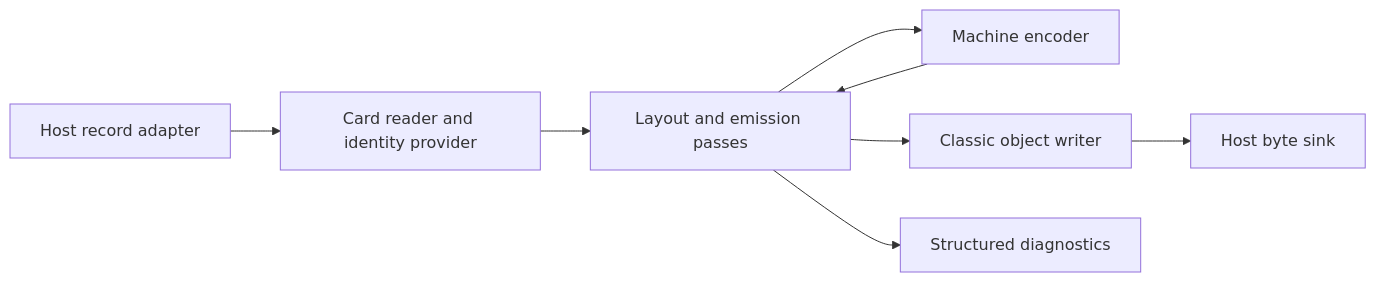
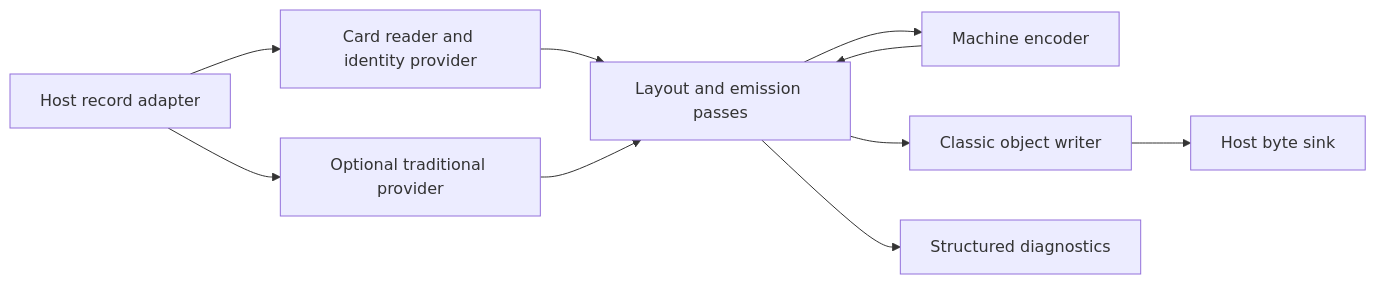
Before and after one commit to adesutherland/z-pdos: the diagram in tools/classic-as/docs/ARCHITECTURE.md, drawn with Mermaid. The commit also changed other lines of this file and 44 other files, not shown here.

````diff
--- a/tools/classic-as/docs/ARCHITECTURE.md
+++ b/tools/classic-as/docs/ARCHITECTURE.md
@@ -25,10 +26,12 @@
 ```mermaid
 flowchart LR
   Host[Host record adapter] --> Reader[Card reader and identity provider]
+  Host --> Macros[Optional traditional provider]
   Reader --> Engine[Layout and emission passes]
+  Macros --> Engine
   Engine --> Encoder[Machine encoder]
   Encoder --> Engine
   Engine --> Writer[Classic object writer]
   Writer --> Sink[Host byte sink]
   Engine --> Diagnostics[Structured diagnostics]
 ```
````
